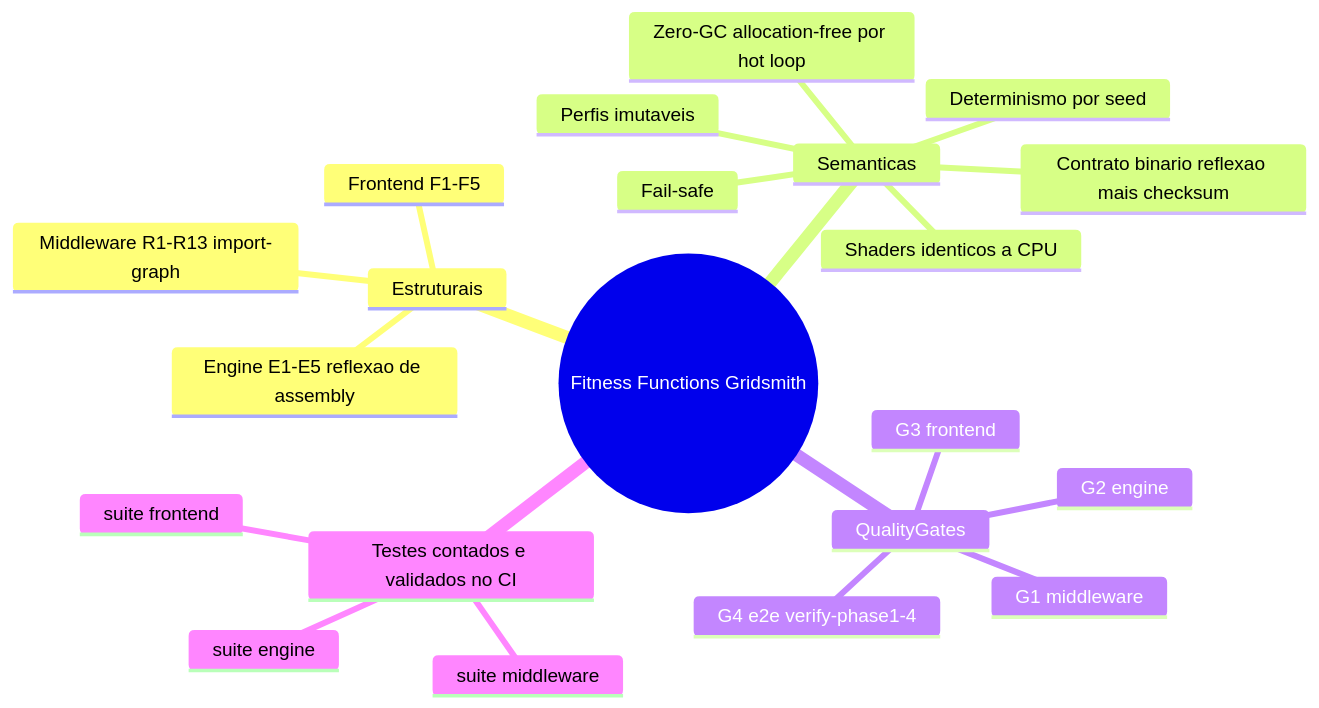
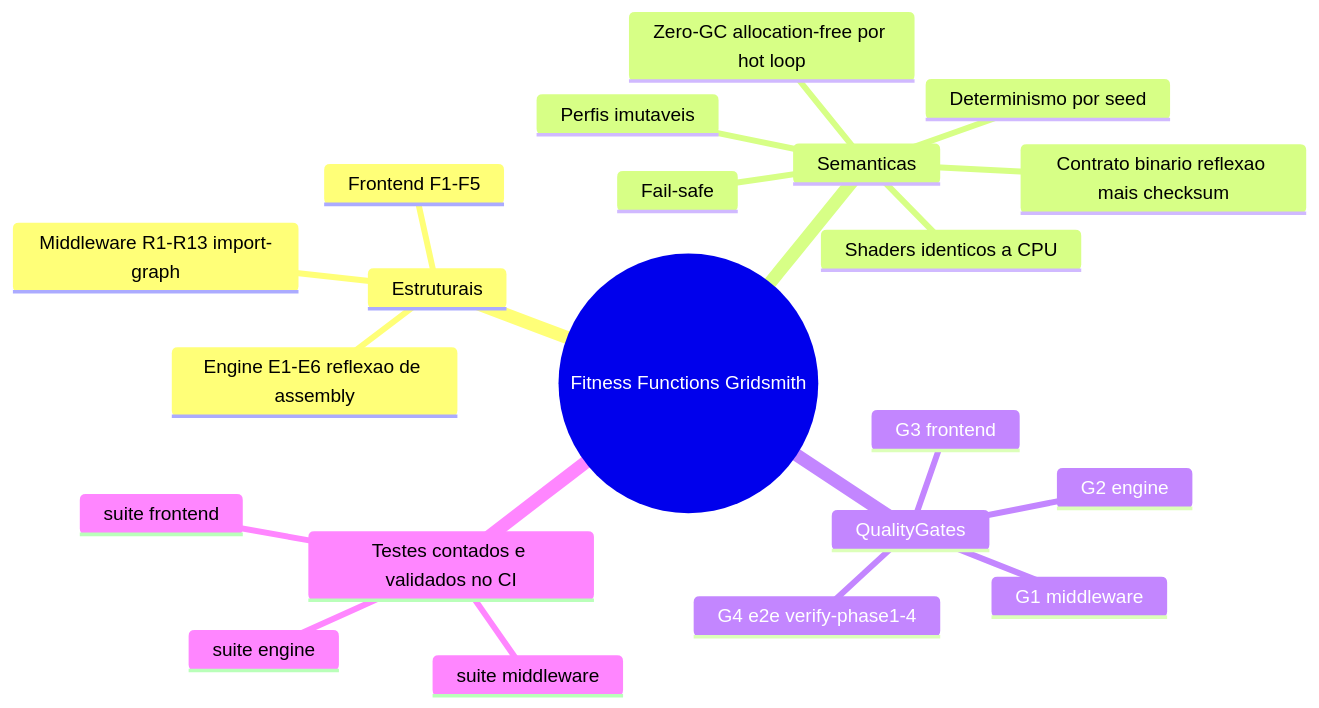
The third of 3 diagrams in docs/REQUIREMENTS.md (flaviotinococoutinho/Gridsmith), drawn with Mermaid before and after one commit. The commit also changed other lines of this file and 14 other files, not shown here.

````diff
--- a/docs/REQUIREMENTS.md
+++ b/docs/REQUIREMENTS.md
@@ -96,24 +96,24 @@
 ```mermaid
 mindmap
   root(("Fitness Functions Gridsmith"))
     Estruturais
       Middleware R1-R13 import-graph
       Frontend F1-F5
-      Engine E1-E5 reflexao de assembly
+      Engine E1-E6 reflexao de assembly
     Semanticas
       Zero-GC allocation-free por hot loop
       Determinismo por seed
       Contrato binario reflexao mais checksum
       Shaders identicos a CPU
       Perfis imutaveis
       Fail-safe
     QualityGates
       G1 middleware
       G2 engine
       G3 frontend
       G4 e2e verify-phase1-4
     Testes contados e validados no CI
       suite engine
       suite middleware
       suite frontend
 ```
````
